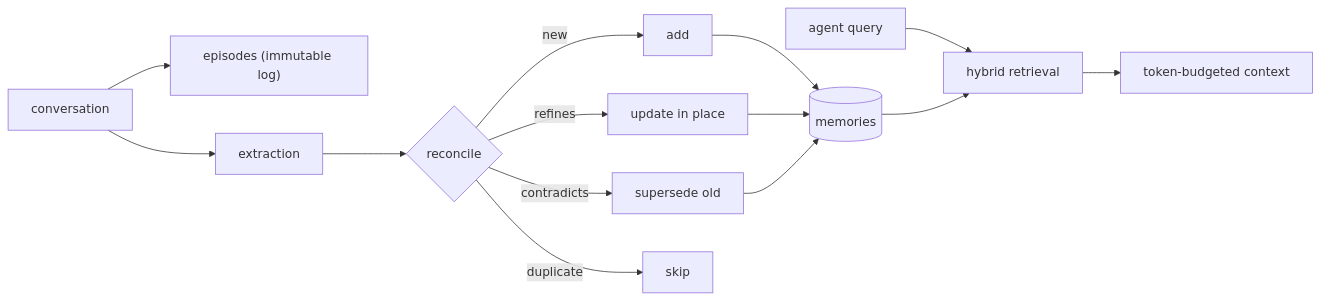
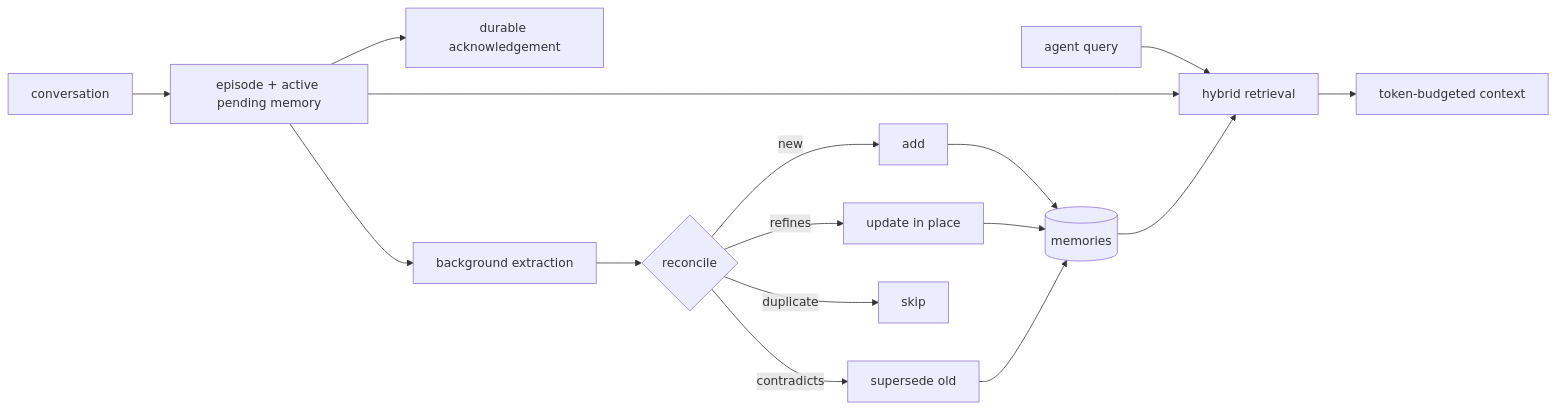
The diagram in README.md (cosmin-novac/memry), drawn with Mermaid before and after one commit. The commit also changed other lines of this file and 15 other files, not shown here.

````diff
--- a/README.md
+++ b/README.md
@@ -223,16 +224,18 @@
 ```mermaid
 flowchart LR
-    A[conversation] --> E["episodes (immutable log)"]
-    A --> X[extraction]
+    A[conversation] --> E["episode + active pending memory"]
+    E --> ACK[durable acknowledgement]
+    E --> X[background extraction]
     X --> R{reconcile}
     R -->|new| ADD[add]
     R -->|refines| UPD[update in place]
     R -->|contradicts| SUP[supersede old]
     R -->|duplicate| SKIP[skip]
     ADD --> M[(memories)]
     UPD --> M
     SUP --> M
     Q[agent query] --> H[hybrid retrieval]
+    E --> H
     M --> H
     H --> C[token-budgeted context]
 ```
````
